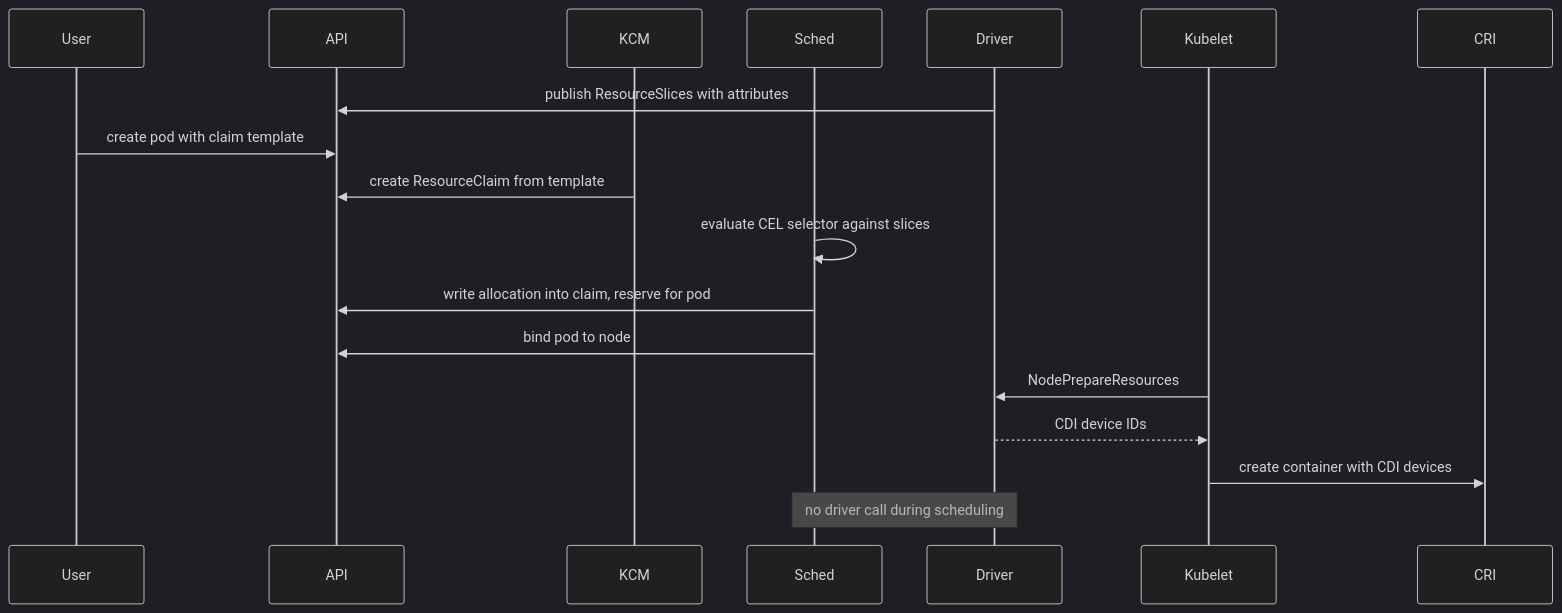
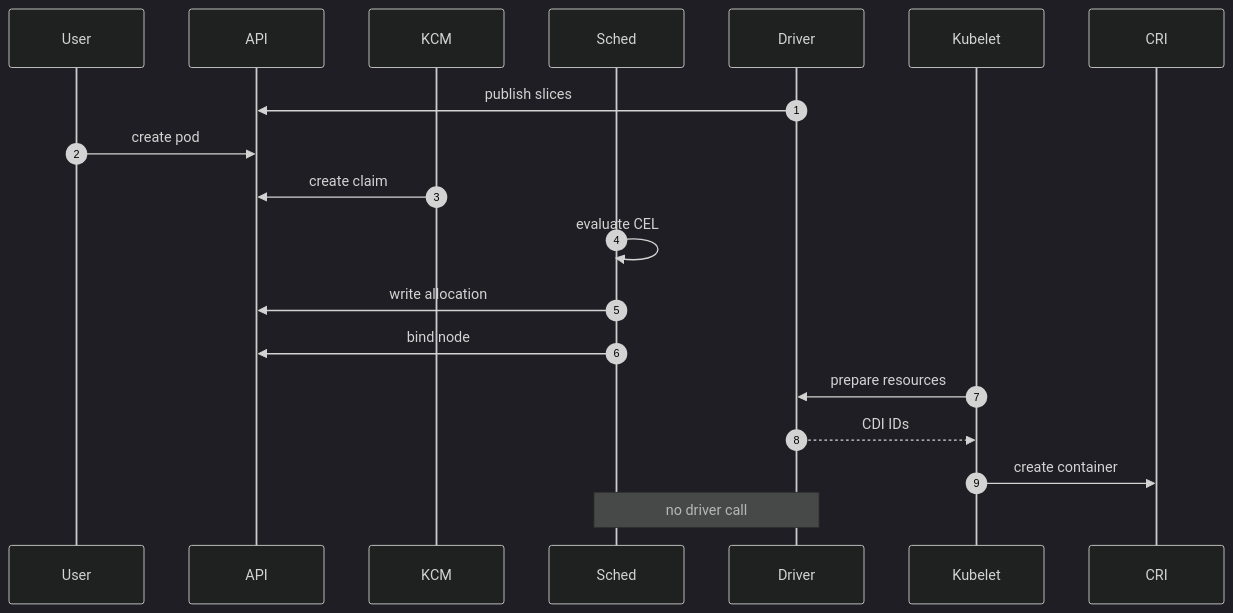
Before and after one commit to sanketsudake/k8s-worksheet: the third of 3 diagrams in chapters/ch09.md, drawn with Mermaid (dark theme). The commit also changed other lines of this file and 2 other files, not shown here.

First line of the commit message:
ch04, ch08, ch09: shrink diagrams as far as text allows

````diff
--- a/chapters/ch09.md
+++ b/chapters/ch09.md
@@ -101,20 +105,21 @@
 ```mermaid
 sequenceDiagram
+    autonumber
     participant User
     participant API
     participant KCM
     participant Sched
     participant Driver
     participant Kubelet
     participant CRI
-    Driver->>API: publish ResourceSlices with attributes
-    User->>API: create pod with claim template
-    KCM->>API: create ResourceClaim from template
-    Sched->>Sched: evaluate CEL selector against slices
-    Sched->>API: write allocation into claim, reserve for pod
-    Sched->>API: bind pod to node
-    Kubelet->>Driver: NodePrepareResources
-    Driver-->>Kubelet: CDI device IDs
-    Kubelet->>CRI: create container with CDI devices
-    Note over Sched,Driver: no driver call during scheduling
+    Driver->>API: publish slices
+    User->>API: create pod
+    KCM->>API: create claim
+    Sched->>Sched: evaluate CEL
+    Sched->>API: write allocation
+    Sched->>API: bind node
+    Kubelet->>Driver: prepare resources
+    Driver-->>Kubelet: CDI IDs
+    Kubelet->>CRI: create container
+    Note over Sched,Driver: no driver call
 ```
````
